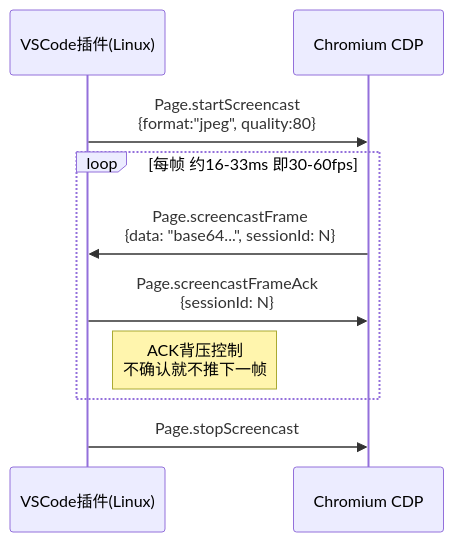
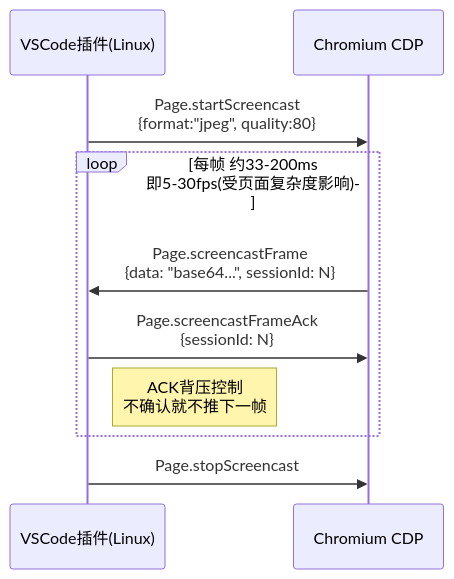
The second of 21 diagrams in dev_notes/remote-browser-viewer-guide.md (scutshuxue/ai-coding-research), drawn with Mermaid before and after one commit. The commit also changed other lines of this file, not shown here.

First line of the commit message:
Fix 10 architecture issues in remote browser viewer guide

````diff
--- a/dev_notes/remote-browser-viewer-guide.md
+++ b/dev_notes/remote-browser-viewer-guide.md
@@ -74,15 +74,15 @@
 ```mermaid
 sequenceDiagram
     participant Client as VSCode插件(Linux)
     participant CDP as Chromium CDP
 
     Client->>CDP: Page.startScreencast<br/>{format:"jpeg", quality:80}
 
-    loop 每帧 约16-33ms 即30-60fps
+    loop 每帧 约33-200ms 即5-30fps(受页面复杂度影响)
         CDP->>Client: Page.screencastFrame<br/>{data: "base64...", sessionId: N}
         Client->>CDP: Page.screencastFrameAck<br/>{sessionId: N}
         Note right of Client: ACK背压控制<br/>不确认就不推下一帧
     end
 
     Client->>CDP: Page.stopScreencast
 ```
````
